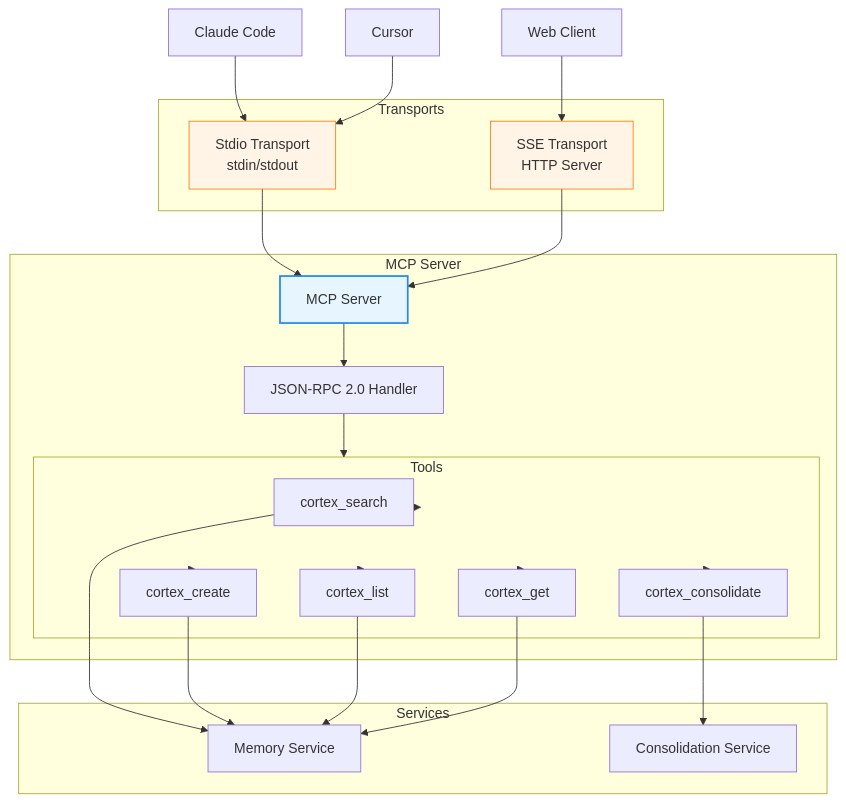
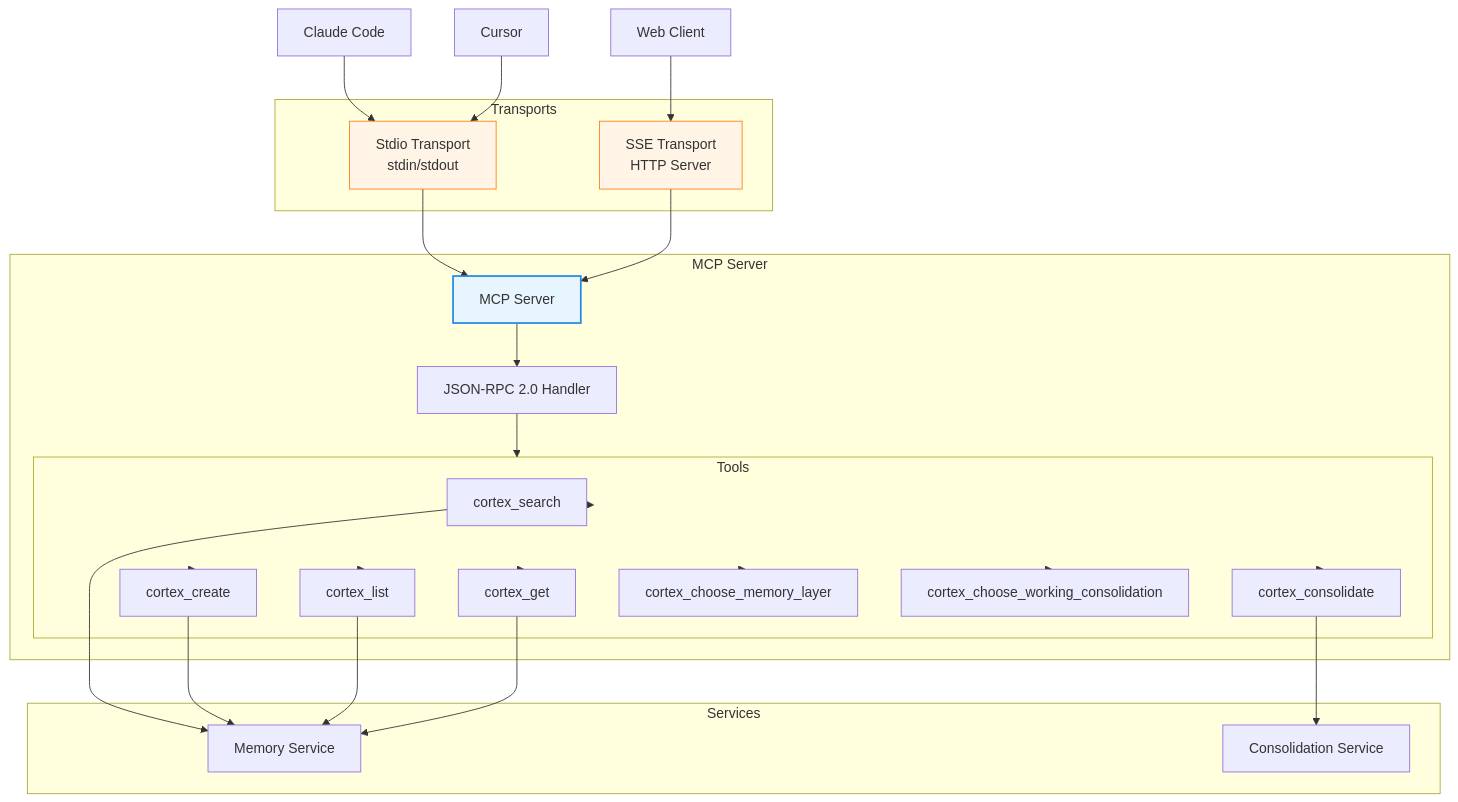
Diagram 15 of 16 in docs/ARCHITECTURE.md (fmatsos/cortex), drawn with Mermaid before and after one commit. The commit also changed 9 other files, not shown here.

First line of the commit message:
Add MCP decision-support tools for three-layer memory and update docs/tests (#19)

````diff
--- a/docs/ARCHITECTURE.md
+++ b/docs/ARCHITECTURE.md
@@ -629,51 +629,55 @@
 ```mermaid
 graph TB
     subgraph "MCP Server"
         Server[MCP Server]
         Protocol[JSON-RPC 2.0 Handler]
         Tools[Tool Registry]
     end
 
     subgraph "Transports"
         Stdio[Stdio Transport<br/>stdin/stdout]
         SSE[SSE Transport<br/>HTTP Server]
     end
 
     subgraph "Tools"
         T1[cortex_search]
         T2[cortex_create]
         T3[cortex_consolidate]
         T4[cortex_list]
         T5[cortex_get]
+        T6[cortex_choose_memory_layer]
+        T7[cortex_choose_working_consolidation]
     end
 
     subgraph "Services"
         MS[Memory Service]
         CS[Consolidation Service]
     end
 
     Client1[Claude Code] --> Stdio
     Client2[Cursor] --> Stdio
     Client3[Web Client] --> SSE
 
     Stdio --> Server
     SSE --> Server
     Server --> Protocol
     Protocol --> Tools
 
     Tools --> T1
     Tools --> T2
     Tools --> T3
     Tools --> T4
     Tools --> T5
+    Tools --> T6
+    Tools --> T7
 
     T1 --> MS
     T2 --> MS
     T3 --> CS
     T4 --> MS
     T5 --> MS
 
     style Server fill:#e7f5ff,stroke:#228be6,stroke-width:2px
     style Stdio fill:#fff4e6,stroke:#fd7e14
     style SSE fill:#fff4e6,stroke:#fd7e14
 ```
````
